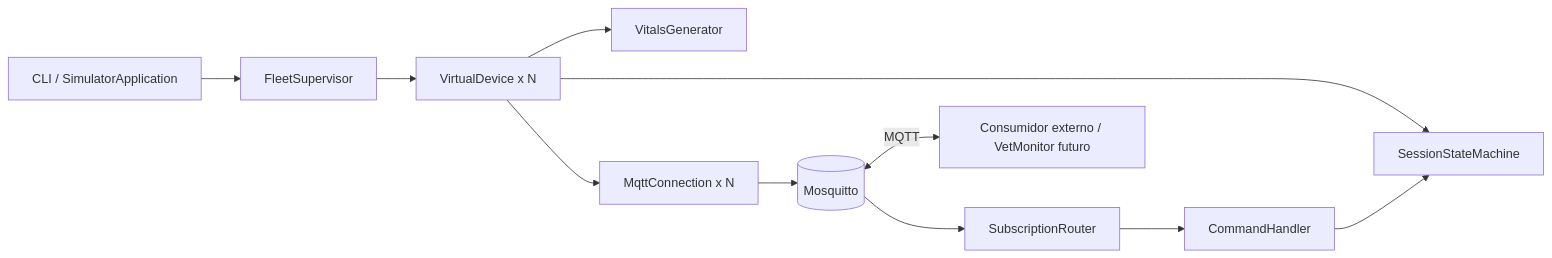
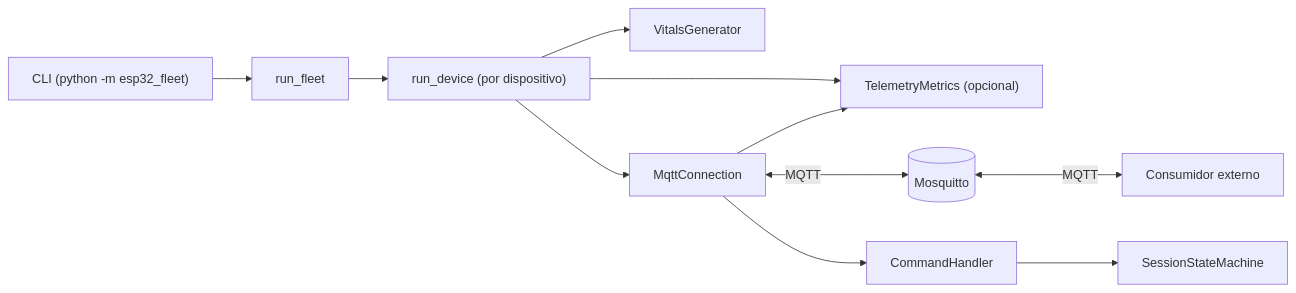
Before and after one commit to joaorodrigues12/esp32-fleet-simulator-mqtt: the first of 2 diagrams in docs/architecture.md, drawn with Mermaid. The commit also changed other lines of this file and 6 other files, not shown here.

````diff
--- a/docs/architecture.md
+++ b/docs/architecture.md
@@ -27,13 +28,13 @@
 ```mermaid
 flowchart LR
-  CLI[CLI / SimulatorApplication] --> FLEET[FleetSupervisor]
-  FLEET --> DEV[VirtualDevice x N]
+  CLI["CLI (python -m esp32_fleet)"] --> FLEET[run_fleet]
+  FLEET --> DEV["run_device (por dispositivo)"]
   DEV --> VITALS[VitalsGenerator]
-  DEV --> SESSION[SessionStateMachine]
-  DEV --> CONN[MqttConnection x N]
-  CONN --> BROKER[(Mosquitto)]
-  BROKER --> ROUTER[SubscriptionRouter]
-  ROUTER --> HANDLER[CommandHandler]
-  HANDLER --> SESSION
-  BROKER <-->|MQTT| EXTERNAL[Consumidor externo / VetMonitor futuro]
+  DEV --> CONN[MqttConnection]
+  DEV --> METRICS["TelemetryMetrics (opcional)"]
+  CONN --> METRICS
+  CONN <-->|MQTT| BROKER[(Mosquitto)]
+  CONN --> HANDLER[CommandHandler]
+  HANDLER --> SESSION[SessionStateMachine]
+  BROKER <-->|MQTT| EXTERNAL[Consumidor externo]
 ```
````
